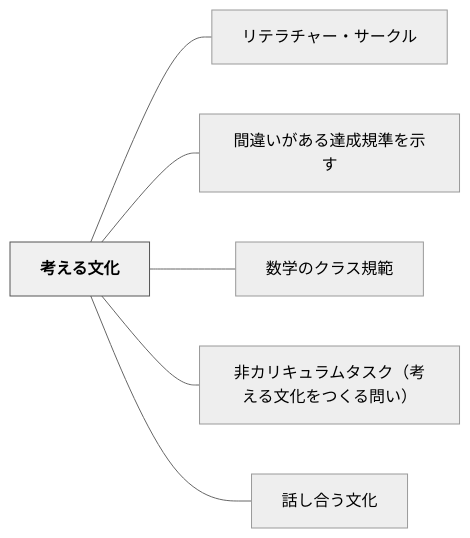
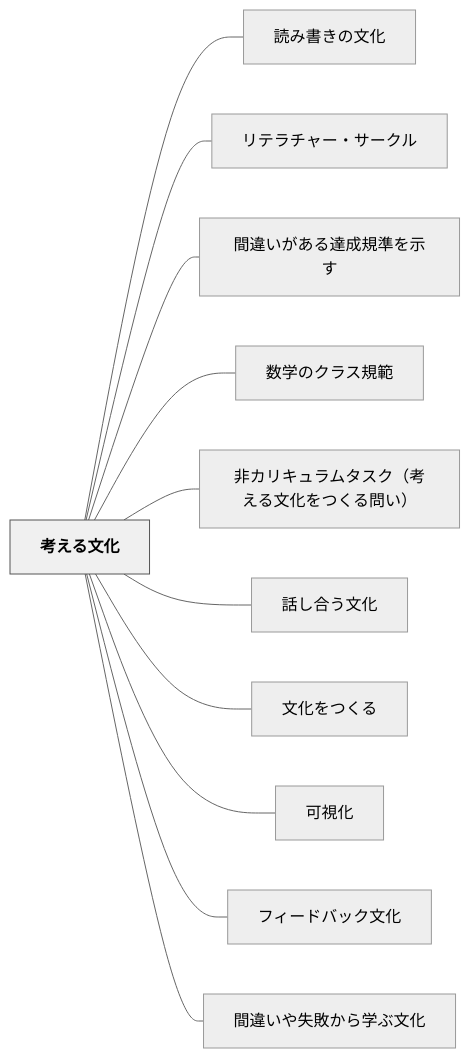
One commit to unknownthings-ed-patterns/unknownthings-ed-patterns changed the diagram in content/パタン/考える文化.md. Above: the diagram before and after it, drawn with Mermaid (neutral theme). The commit also changed other lines of this file and 100 other files, not shown here.

````diff
--- a/content/パタン/考える文化.md
+++ b/content/パタン/考える文化.md
@@ -85,18 +84,28 @@
 ```mermaid
 flowchart LR
     ne88083e38188e3828be69687e58c96["考える文化"]
+    ne8aaade381bfe69bb8e3818de381aee69687e58c96["読み書きの文化"]
     ne383aae38386e383a9e38381e383a3e383bce383bbe382b5e383bce382afe383ab["リテラチャー・サークル"]
     ne99693e98195e38184e3818ce38182e3828be98194e68890e8a68fe6ba96e38292e7a4bae38199["間違いがある達成規準を示す"]
     ne695b0e5ada6e381aee382afe383a9e382b9e8a68fe7af84["数学のクラス規範"]
     ne99d9ee382abe383aae382ade383a5e383a9e383a0e382bfe382b9e382afefbc88e88083e38188e3828be69687e58c96e38292e381a4e3818fe3828be5958fe38184efbc89["非カリキュラムタスク（考える文化をつくる問い）"]
     ne8a9b1e38197e59088e38186e69687e58c96["話し合う文化"]
+    ne69687e58c96e38292e381a4e3818fe3828b["文化をつくる"]
+    ne58fafe8a696e58c96["可視化"]
+    ne38395e382a3e383bce38389e38390e38383e382afe69687e58c96["フィードバック文化"]
+    ne99693e98195e38184e38284e5a4b1e69597e3818be38289e5ada6e381b6e69687e58c96["間違いや失敗から学ぶ文化"]
 
+    ne88083e38188e3828be69687e58c96 --- ne8aaade381bfe69bb8e3818de381aee69687e58c96
     ne88083e38188e3828be69687e58c96 --- ne383aae38386e383a9e38381e383a3e383bce383bbe382b5e383bce382afe383ab
     ne88083e38188e3828be69687e58c96 --- ne99693e98195e38184e3818ce38182e3828be98194e68890e8a68fe6ba96e38292e7a4bae38199
     ne88083e38188e3828be69687e58c96 --- ne695b0e5ada6e381aee382afe383a9e382b9e8a68fe7af84
     ne88083e38188e3828be69687e58c96 --- ne99d9ee382abe383aae382ade383a5e383a9e383a0e382bfe382b9e382afefbc88e88083e38188e3828be69687e58c96e38292e381a4e3818fe3828be5958fe38184efbc89
     ne88083e38188e3828be69687e58c96 --- ne8a9b1e38197e59088e38186e69687e58c96
+    ne88083e38188e3828be69687e58c96 --- ne69687e58c96e38292e381a4e3818fe3828b
+    ne88083e38188e3828be69687e58c96 --- ne58fafe8a696e58c96
+    ne88083e38188e3828be69687e58c96 --- ne38395e382a3e383bce38389e38390e38383e382afe69687e58c96
+    ne88083e38188e3828be69687e58c96 --- ne99693e98195e38184e38284e5a4b1e69597e3818be38289e5ada6e381b6e69687e58c96
 
     classDef hub fill:#f0f0f0,stroke:#555,color:#000,font-weight:bold
     class ne88083e38188e3828be69687e58c96 hub
 ```
````
